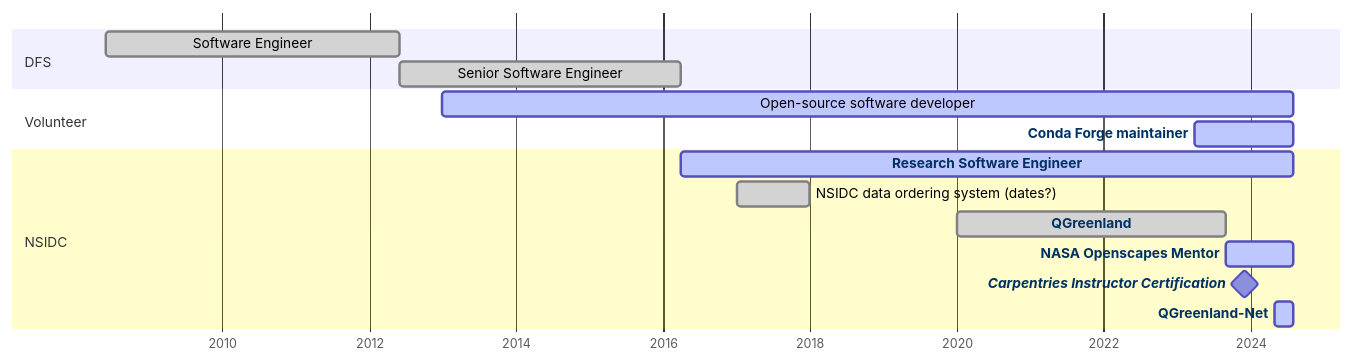
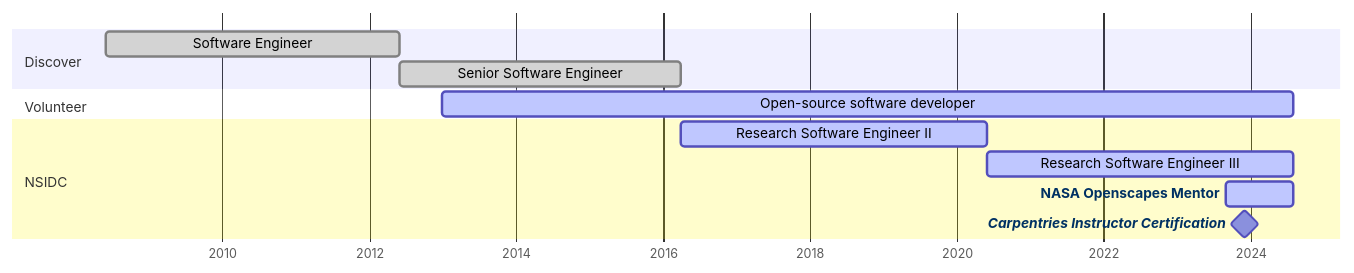
One commit to mfisher87/presentation-self changed the first of 2 diagrams in index.qmd. Above: the diagram before and after it, drawn with Mermaid. The commit also changed other lines of this file, not shown here.

Commit message:
Simplify first diagram and speaker notes

````diff
--- a/index.qmd
+++ b/index.qmd
@@ -110,31 +110,24 @@
 ```{mermaid}
 %%{init:{'securityLevel':'loose'}}%%
 %% NOTE: Prefix `pfx-` is used to workaround a bug:
 %%       https://github.com/quarto-dev/quarto-cli/issues/10455
 gantt
   dateFormat YYYY-MM
   axisFormat %Y
 
-  Section DFS
+  Section Discover
     Software Engineer                         :done, pfx-dfs, 2008-06, 2012-06
     Senior Software Engineer                  :done, pfx-dfs-senior, 2012-06, 2016-04
 
   Section Volunteer
     Open-source software developer            :active, pfx-oss, 2013-01, 2024-08
-    Conda Forge maintainer                    :active, pfx-condaforge, 2023-04, 2024-08
 
   Section NSIDC
-    Research Software Engineer                :active, pfx-nsidc, after pfx-dfs-senior, 2024-08
-    NSIDC data ordering system (dates?)       :done, pfx-hermes, 2017-01, 2018-01
-    QGreenland                                :done, pfx-qgreenland, 2020-01, 2023-09
+    Research Software Engineer II             :active, pfx-nsidc, after pfx-dfs-senior, 2020-06
+    Research Software Engineer III            :active, pfx-nsidc-as, after pfx-nsidc, 2024-08
     NASA Openscapes Mentor                    :active, pfx-openscapes, 2023-09, 2024-08
     Carpentries Instructor Certification      :milestone, pfx-carpentries, 2023-12, 1d
-    QGreenland-Net                            :active, pfx-qgreenland-net, 2024-05, 2024-08
 
-  click pfx-condaforge href "https://conda-forge.org"
-  click pfx-nsidc href "https://nsidc.org"
-  click pfx-qgreenland href "https://qgreenland.org/"
   click pfx-openscapes href "https://nasa-openscapes.github.io/"
   click pfx-carpentries href "https://carpentries.org/instructors/"
-  click pfx-qgreenland-net href "https://qgreenland-net.github.io/"
 ```
````
